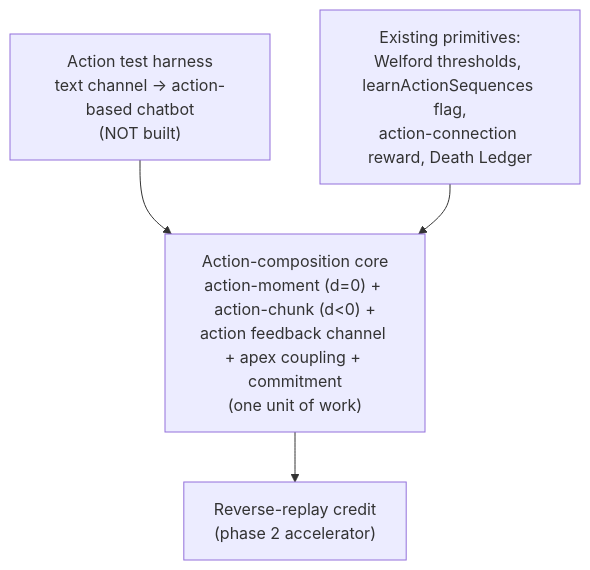
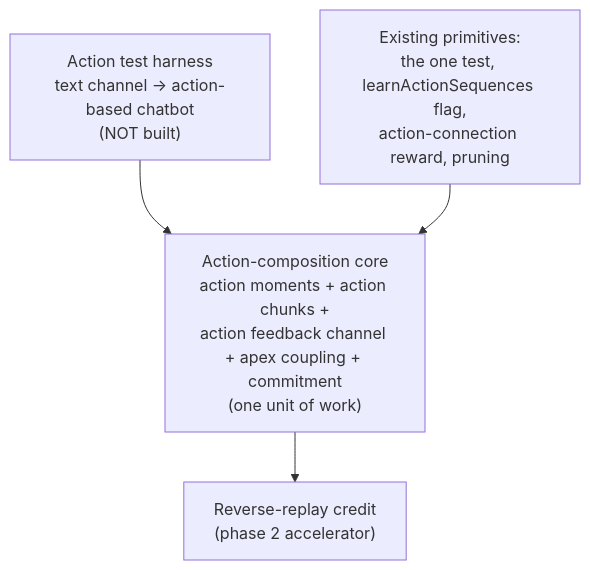
The diagram in docs/action-composition.md (cucar/robot_brain), drawn with Mermaid before and after one commit. The commit also changed other lines of this file, not shown here.

Commit message:
explain new action composition design

````diff
--- a/docs/action-composition.md
+++ b/docs/action-composition.md
@@ -292,6 +262,6 @@
 ```mermaid
 graph TD
     HARNESS["Action test harness<br/>text channel → action-based chatbot<br/>(NOT built)"] --> CORE
-    CORE["Action-composition core<br/>action-moment (d=0) + action-chunk (d<0) +<br/>action feedback channel + apex coupling + commitment<br/>(one unit of work)"] --> REPLAY["Reverse-replay credit<br/>(phase 2 accelerator)"]
-    EXIST["Existing primitives:<br/>Welford thresholds, learnActionSequences flag,<br/>action-connection reward, Death Ledger"] --> CORE
+    CORE["Action-composition core<br/>action moments + action chunks +<br/>action feedback channel + apex coupling + commitment<br/>(one unit of work)"] --> REPLAY["Reverse-replay credit<br/>(phase 2 accelerator)"]
+    EXIST["Existing primitives:<br/>the one test, learnActionSequences flag,<br/>action-connection reward, pruning"] --> CORE
 ```
````
